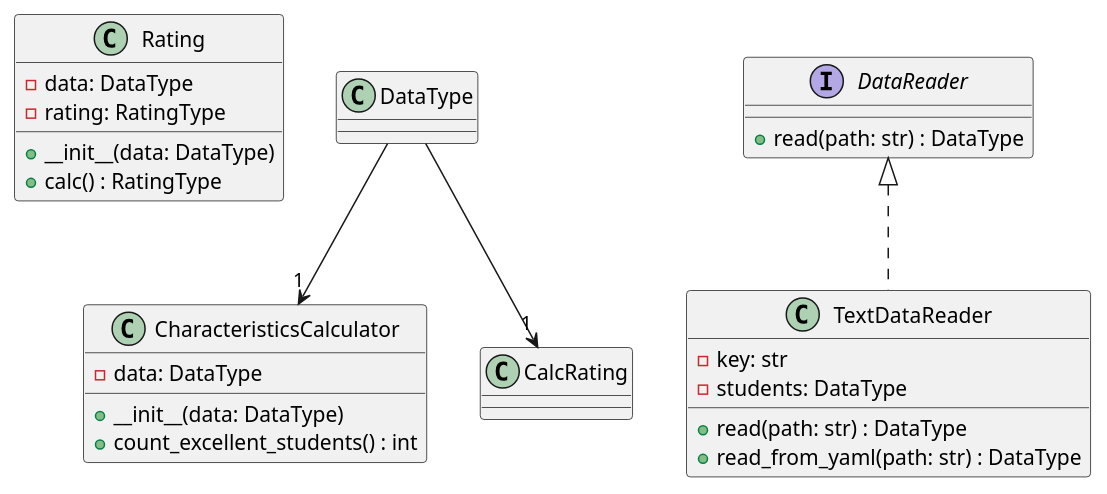
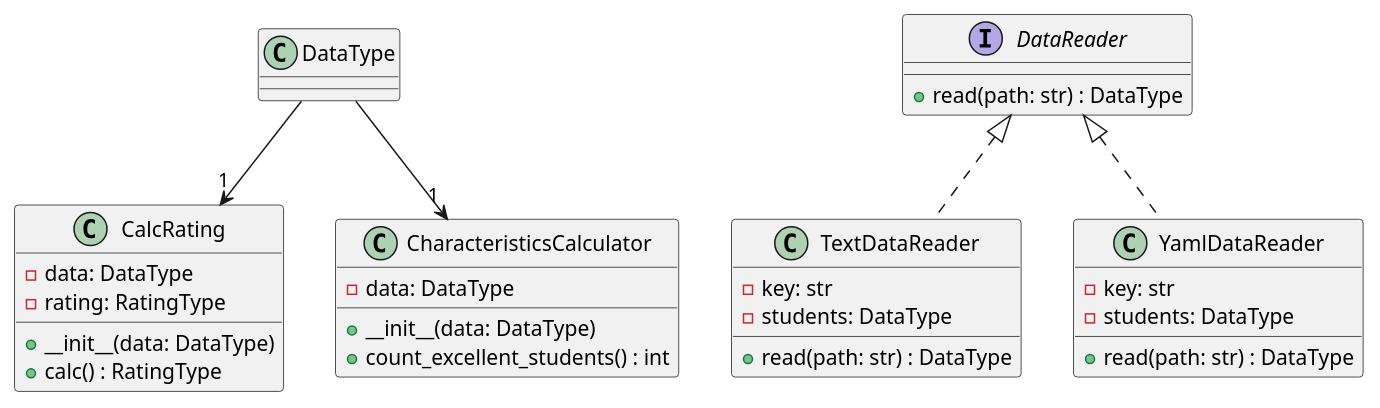
The diagram in diagram.puml (The-Katsu/PTLab1), drawn with PlantUML before and after one commit. The commit also changed 15 other files, not shown here.

```diff
--- a/diagram.puml
+++ b/diagram.puml
@@ -1,31 +1,38 @@
 @startuml
 
-class Rating {
+
+class CalcRating {
   - data: DataType
   - rating: RatingType
   + __init__(data: DataType)
   + calc() : RatingType
 }
 
 class CharacteristicsCalculator {
   - data: DataType
   + __init__(data: DataType)
   + count_excellent_students() : int
 }
 
 interface DataReader {
   + read(path: str) : DataType
 }
 
 class TextDataReader {
   - key: str
   - students: DataType
   + read(path: str) : DataType
-  + read_from_yaml(path: str) : DataType
+}
+
+class YamlDataReader {
+  - key: str
+  - students: DataType
+  + read(path: str) : DataType
 }
 
 DataType --> "1" CalcRating
 DataType --> "1" CharacteristicsCalculator
 DataReader <|.. TextDataReader
+DataReader <|.. YamlDataReader
 
 @enduml
```
